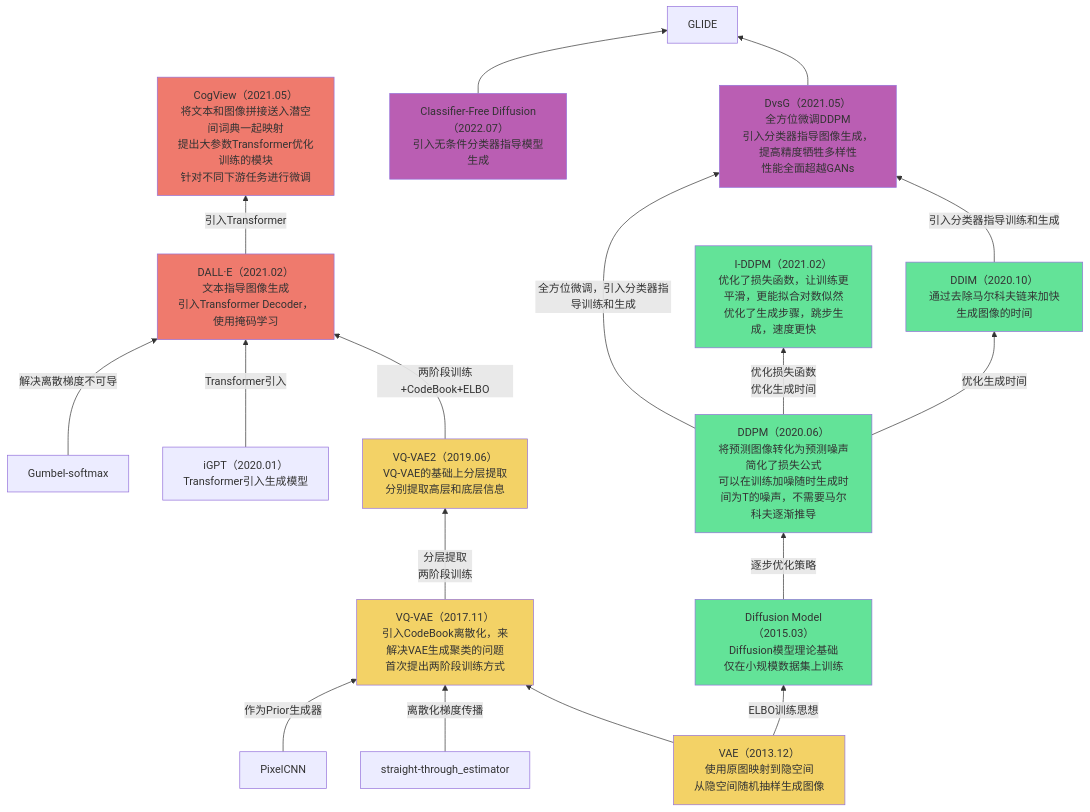
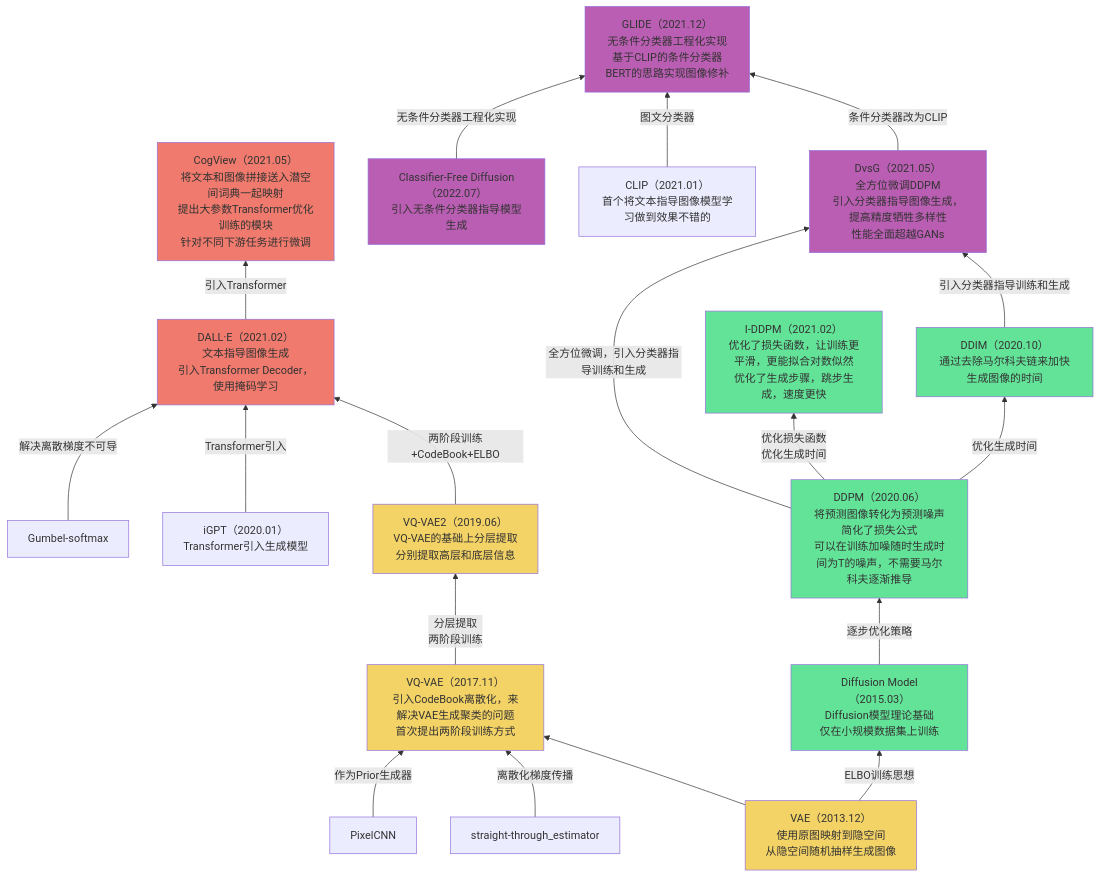
One commit to Elephant-King9/Paper changed the fourth of 5 diagrams in Base_Model/GAN+VAE+Diffusion/analyse.md. Above: the diagram before and after it, drawn with Mermaid. The commit also changed 2 other files, not shown here.

Commit message:
update_ GLIDE: Towards Photorealistic Image Generation and Editing with Text-Guided Diffusion Models

````diff
--- a/Base_Model/GAN+VAE+Diffusion/analyse.md
+++ b/Base_Model/GAN+VAE+Diffusion/analyse.md
@@ -87,44 +87,48 @@
 ```mermaid
 flowchart BT
 VAE-->VQ-VAE
 straight-through_estimator-->|离散化梯度传播|VQ-VAE
 PixelCNN-->|作为Prior生成器|VQ-VAE
 VAE-->|ELBO训练思想|Diffusion_Model
 VQ-VAE-->|分层提取<br>两阶段训练|VQ-VAE2
 VQ-VAE2-->|两阶段训练+CodeBook+ELBO|DALL-E
 I-GPT-->|Transformer引入|DALL-E
 Gumbel-softmax-->|解决离散梯度不可导|DALL-E
 DALL-E-->|引入Transformer|CogView
 Diffusion_Model-->|逐步优化策略|DDPM
 DDPM-->|优化生成时间|DDIM
 DDPM-->|优化损失函数<br>优化生成时间|IDDPM
 DDIM-->|引入分类器指导训练和生成|DvsG
 DDPM-->|全方位微调，引入分类器指导训练和生成|DvsG
-DvsG-->GLIDE
-Classifier-Free_Diffusion-->GLIDE
+DvsG-->|条件分类器改为CLIP|GLIDE
+CLIP-->|图文分类器|GLIDE
+Classifier-Free_Diffusion-->|无条件分类器工程化实现|GLIDE
 
 VAE[VAE（2013.12）<br>使用原图映射到隐空间<br>从隐空间随机抽样生成图像]
 	style VAE fill:#F3D266
 VQ-VAE[VQ-VAE（2017.11）<br>引入CodeBook离散化，来解决VAE生成聚类的问题<br>首次提出两阶段训练方式]
 	style VQ-VAE fill:#F3D266
 VQ-VAE2[VQ-VAE2（2019.06）<br>VQ-VAE的基础上分层提取<br>分别提取高层和底层信息]
 	style VQ-VAE2 fill:#F3D266
 DALL-E[DALL·E（2021.02）<br>文本指导图像生成<br>引入Transformer Decoder，使用掩码学习]
 	style DALL-E fill:#EF7A6D
 I-GPT[iGPT（2020.01）<br>Transformer引入生成模型]
 Gumbel-softmax[Gumbel-softmax]
 Diffusion_Model[Diffusion Model（2015.03）<br>Diffusion模型理论基础<br>仅在小规模数据集上训练]
 	style Diffusion_Model fill:#63E398
 DDPM[DDPM（2020.06）<br>将预测图像转化为预测噪声<br>简化了损失公式<br>可以在训练加噪随时生成时间为T的噪声，不需要马尔科夫逐渐推导]
 	style DDPM fill:#63E398
 DDIM[DDIM（2020.10）<br>通过去除马尔科夫链来加快生成图像的时间]
 	style DDIM fill:#63E398
 IDDPM[I-DDPM（2021.02）<br>优化了损失函数，让训练更平滑，更能拟合对数似然<br>优化了生成步骤，跳步生成，速度更快]
 	style IDDPM fill:#63E398
 DvsG[DvsG（2021.05）<br>全方位微调DDPM<br>引入分类器指导图像生成，提高精度牺牲多样性<br>性能全面超越GANs]
 	style DvsG fill:#BA5EB3
 CogView[CogView（2021.05）<br>将文本和图像拼接送入潜空间词典一起映射<br>提出大参数Transformer优化训练的模块<br>针对不同下游任务进行微调]
 	style CogView fill:#EF7A6D
 Classifier-Free_Diffusion[Classifier-Free Diffusion（2022.07）<br>引入无条件分类器指导模型生成]
 	style Classifier-Free_Diffusion fill:#BA5EB3
+CLIP[CLIP（2021.01）<br>首个将文本指导图像模型学习做到效果不错的]
+GLIDE[GLIDE（2021.12）<br>无条件分类器工程化实现<br>基于CLIP的条件分类器<br>BERT的思路实现图像修补]
+	style GLIDE fill:#BA5EB3
 ```
````
